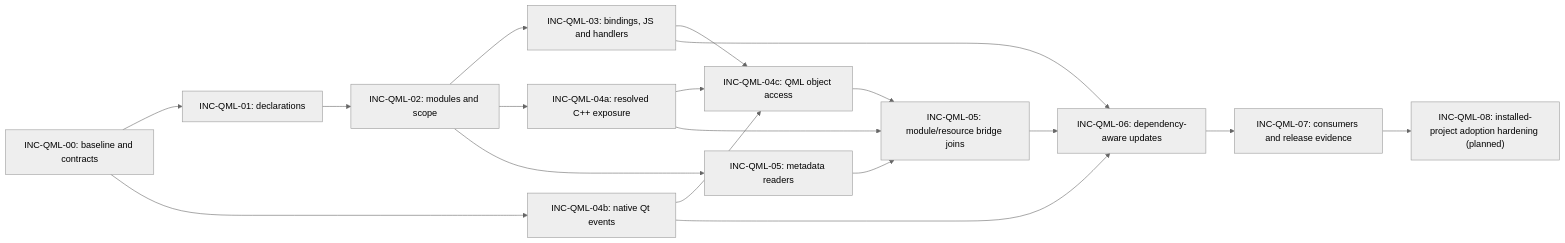
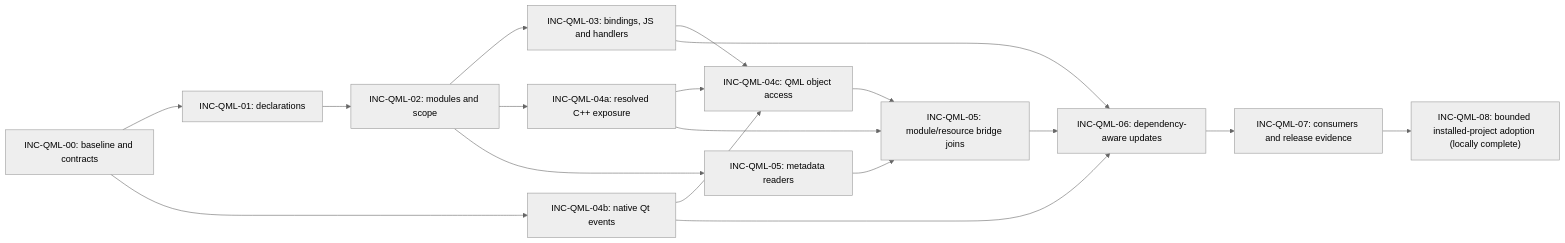
The diagram in docs/qt-qml/PLAN.md (Graphify-Labs/graphify), drawn with Mermaid (neutral theme) before and after one commit. The commit also changed other lines of this file and 71 other files, not shown here.

````diff
--- a/docs/qt-qml/PLAN.md
+++ b/docs/qt-qml/PLAN.md
@@ -106,20 +81,20 @@
 ```mermaid
 flowchart LR
     baseline["INC-QML-00: baseline and contracts"] --> declarations["INC-QML-01: declarations"]
     declarations --> modules["INC-QML-02: modules and scope"]
     modules --> interactions["INC-QML-03: bindings, JS and handlers"]
     baseline --> events["INC-QML-04b: native Qt events"]
     modules --> exposure["INC-QML-04a: resolved C++ exposure"]
     modules --> readers["INC-QML-05: metadata readers"]
     interactions --> access["INC-QML-04c: QML object access"]
     exposure --> access
     events --> access
     readers --> joined["INC-QML-05: module/resource bridge joins"]
     access --> joined
     exposure --> joined
     joined --> updates["INC-QML-06: dependency-aware updates"]
     interactions --> updates
     events --> updates
     updates --> release["INC-QML-07: consumers and release evidence"]
-    release --> adoption["INC-QML-08: installed-project adoption hardening (planned)"]
+    release --> adoption["INC-QML-08: bounded installed-project adoption (locally complete)"]
 ```
````
